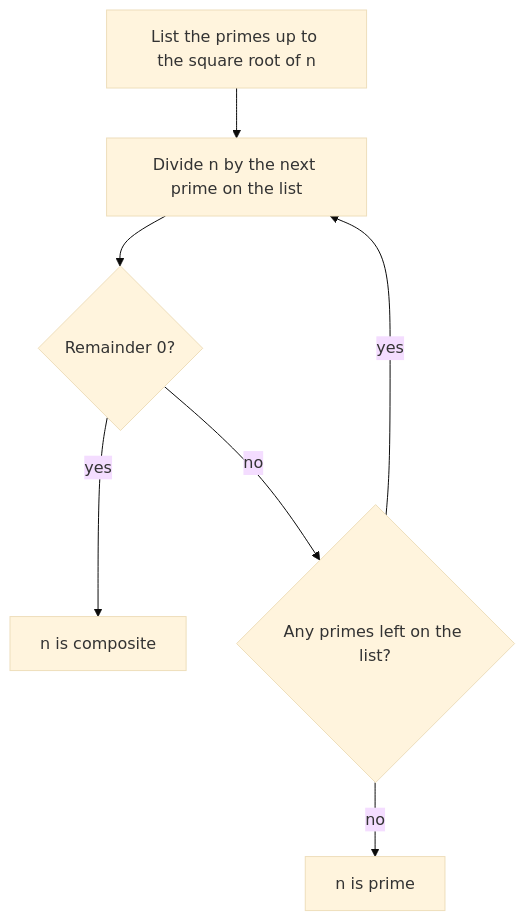
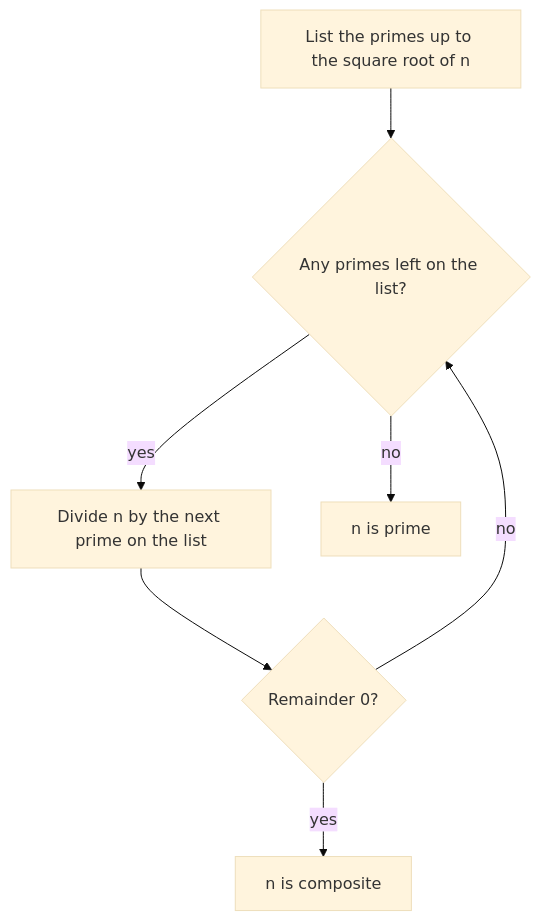
The diagram in content/math/prealgebra/lessons/04-factors.md (Aziliz/erudior), drawn with Mermaid (base theme) before and after one commit. The commit also changed 17 other files, not shown here.

````diff
--- a/content/math/prealgebra/lessons/04-factors.md
+++ b/content/math/prealgebra/lessons/04-factors.md
@@ -82,11 +82,11 @@
 ```mermaid
 flowchart TD
   accTitle: Testing whether a whole number n greater than 1 is prime
-  accDescr: List the primes 2, 3, 5, 7 and so on up to the square root of n. Try dividing n by each one in turn. If one of them divides n with no remainder, n is composite. If none of them does, n is prime.
-  A["List the primes up to the square root of n"] --> B["Divide n by the next prime on the list"]
+  accDescr: List the primes 2, 3, 5, 7 and so on up to the square root of n. While primes are left on the list, divide n by the next one. If one of them divides n with no remainder, n is composite. If the list runs out (or was empty, as for 2 and 3) without any of them dividing n, n is prime.
+  A["List the primes up to the square root of n"] --> E{"Any primes left on the list?"}
+  E -- "yes" --> B["Divide n by the next prime on the list"]
   B --> C{"Remainder 0?"}
   C -- "yes" --> D["n is composite"]
-  C -- "no" --> E{"Any primes left on the list?"}
-  E -- "yes" --> B
+  C -- "no" --> E
   E -- "no" --> F["n is prime"]
 ```
````
